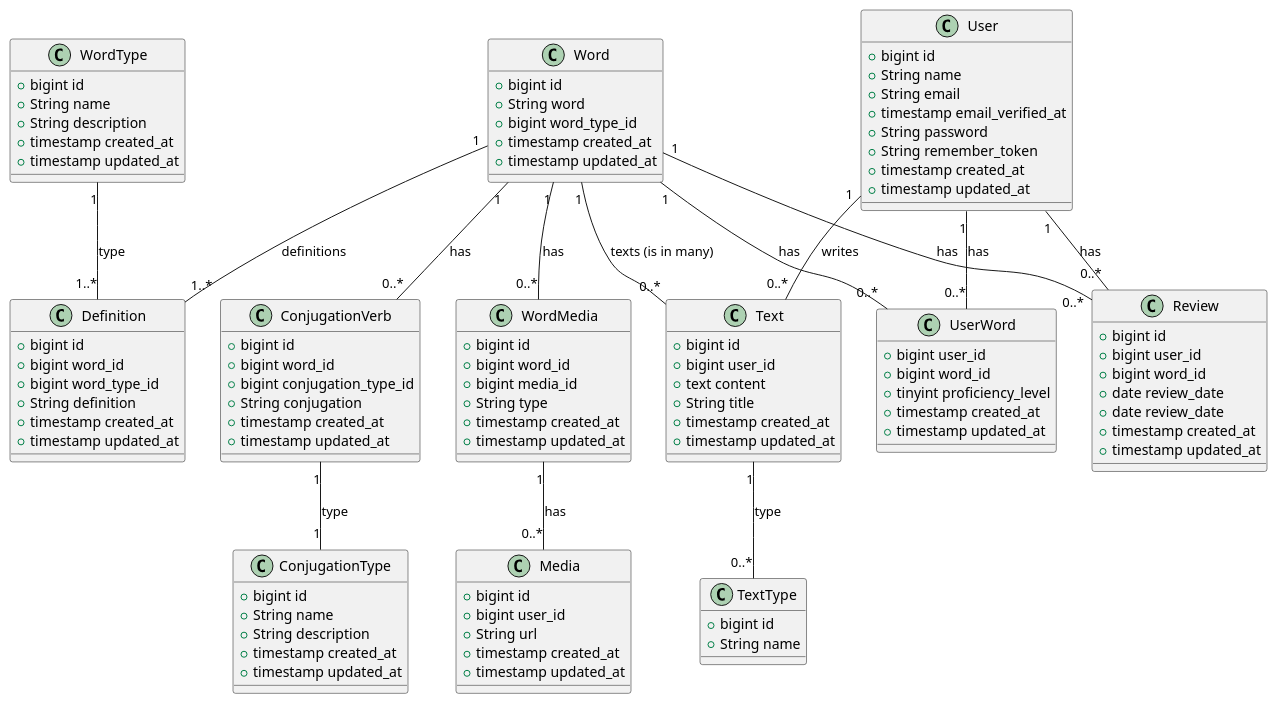
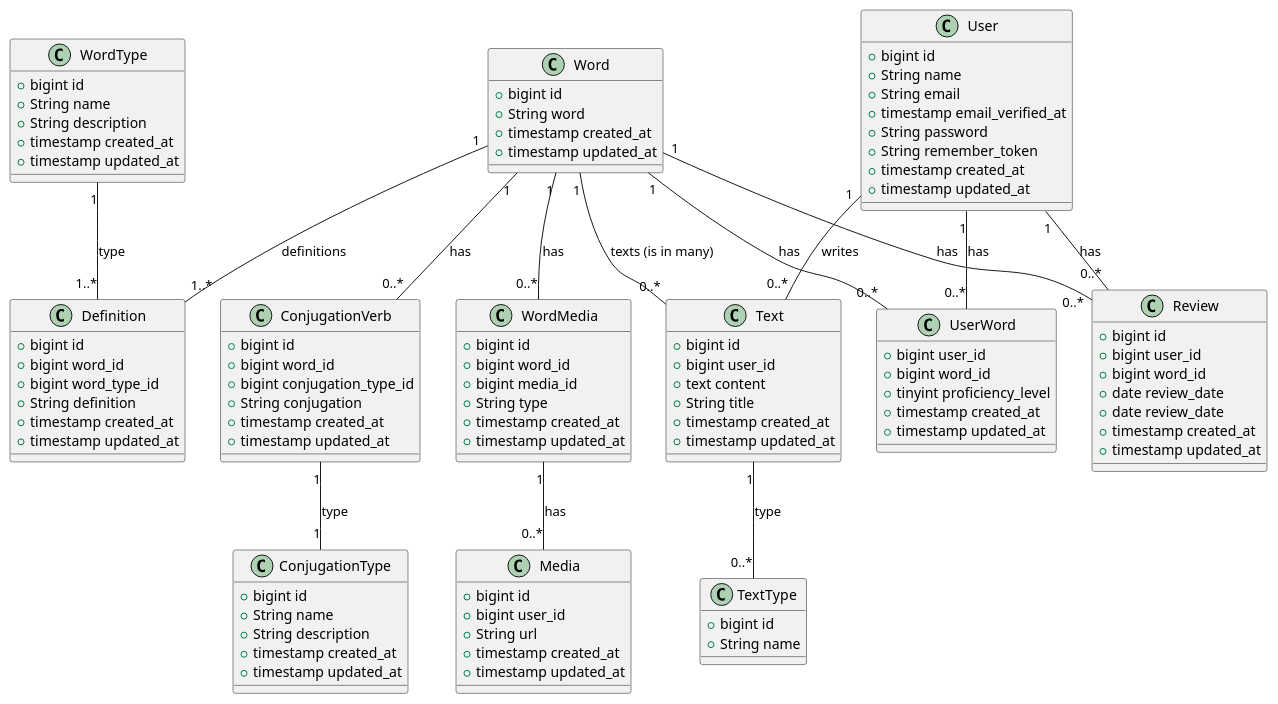
Before and after one commit to jfcodiaz/my-vocabulary-api: the diagram in docs/entities.wsd, drawn with PlantUML. The commit also changed 10 other files, not shown here.

```diff
--- a/docs/entities.wsd
+++ b/docs/entities.wsd
@@ -1,119 +1,118 @@
 @startuml Entities
 
 class WordType {
     +bigint id
     +String name
     +String description
     +timestamp created_at
     +timestamp updated_at
 }
 
 class User {
     +bigint id
     +String name
     +String email
     +timestamp email_verified_at
     +String password
     +String remember_token
     +timestamp created_at
     +timestamp updated_at
 }
 
 class UserWord {
     +bigint user_id
     +bigint word_id
     +tinyint proficiency_level
     +timestamp created_at
     +timestamp updated_at
 }
 
 class Word {
     +bigint id
     +String word
-    +bigint word_type_id
     +timestamp created_at
     +timestamp updated_at
 }
 
 class Definition {
     +bigint id
     +bigint word_id
     +bigint word_type_id
     +String definition
     +timestamp created_at
     +timestamp updated_at
 }
 
 class Review {
     +bigint id
     +bigint user_id
     +bigint word_id
     +date review_date
     +date review_date
     +timestamp created_at
     +timestamp updated_at
 }
 
 class Text {
     +bigint id
     +bigint user_id
     +text content
     +String title
     +timestamp created_at
     +timestamp updated_at
 }
 
 class  TextType {
     +bigint id
     +String name
 }
 
 class ConjugationVerb {
     +bigint id
     +bigint word_id
     +bigint conjugation_type_id
     +String conjugation
     +timestamp created_at
     +timestamp updated_at
 }
 
 class ConjugationType {
     +bigint id
     +String name
     +String description
     +timestamp created_at
     +timestamp updated_at
 }
 
 class Media {
     +bigint id
     +bigint user_id
     +String url
     +timestamp created_at
     +timestamp updated_at
 }
 
 class WordMedia {
     +bigint id
     +bigint word_id
     +bigint media_id
     +String type
     +timestamp created_at
     +timestamp updated_at
 }
 
 Word "1" -- "0..*" Review : has
 Word "1" -- "0..*" Text : texts (is in many)
 User "1" -- "0..*" Text : writes
 Text "1" -- "0..*" TextType : type
 User "1" -- "0..*" UserWord : has
 Word "1" -- "0..*" UserWord : has
 Word "1" -- "0..*" ConjugationVerb : has
 ConjugationVerb "1" -- "1" ConjugationType : type
 User "1" -- "0..*" Review : has
 Word "1" -- "1..*" Definition : definitions
 WordType "1" -- "1..*" Definition : type
 WordMedia "1" -- "0..*" Media : has
 Word "1" -- "0..*" WordMedia : has
 
 @enduml
```
